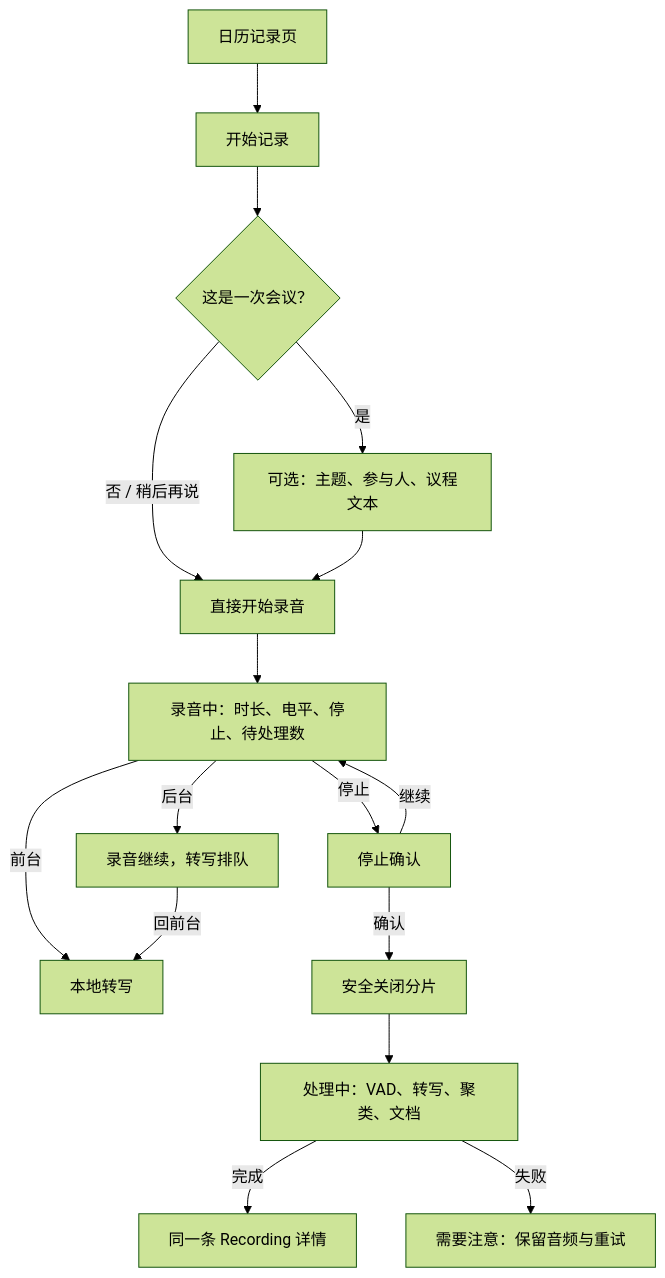
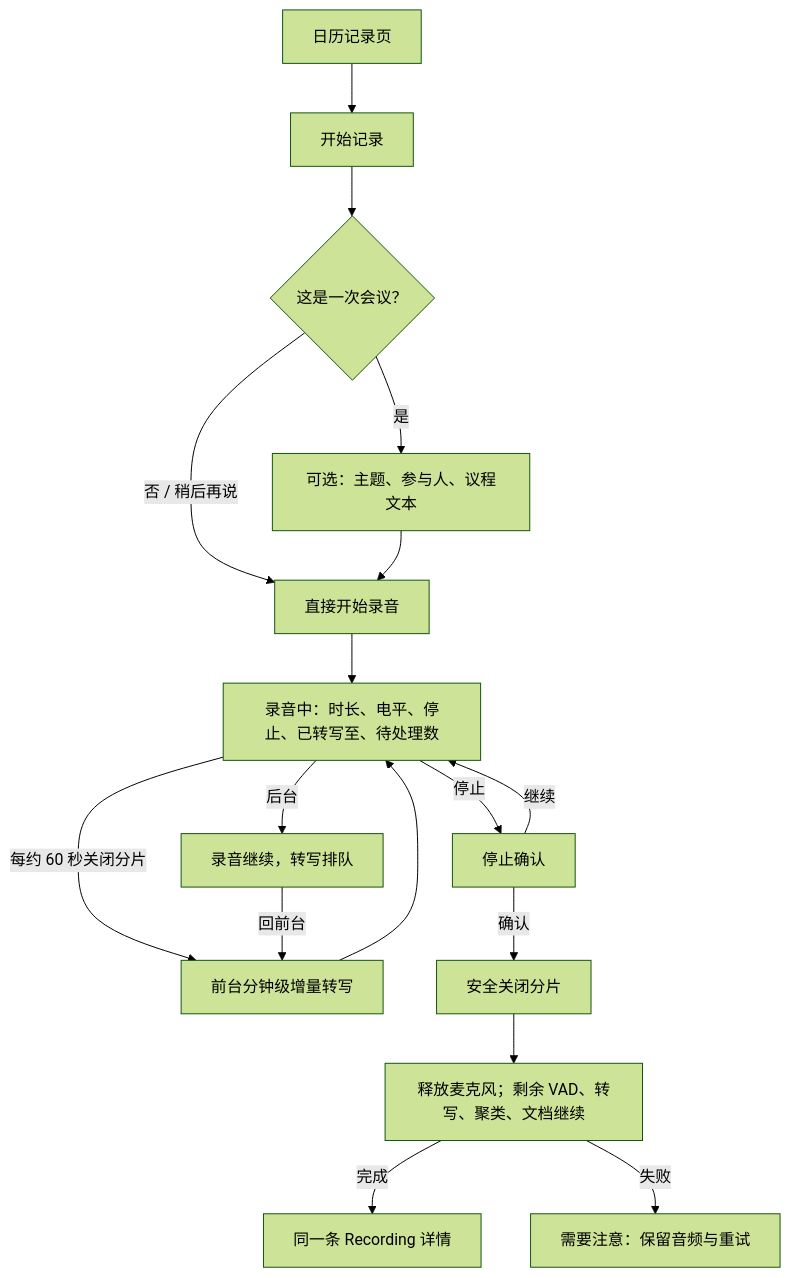
The first of 3 diagrams in docs/design/v1/user-flows.md (scottzx/VoiceContext), drawn with Mermaid (forest theme) before and after one commit. The commit also changed other lines of this file and 23 other files, not shown here.

Commit message:
feat: implement incremental transcription scheduler, speaker clustering, onboarding flow, and document storage

````diff
--- a/docs/design/v1/user-flows.md
+++ b/docs/design/v1/user-flows.md
@@ -7,18 +7,19 @@
 ```mermaid
 flowchart TD
     A[日历记录页] --> B[开始记录]
     B --> C{这是一次会议？}
     C -->|否 / 稍后再说| D[直接开始录音]
     C -->|是| E[可选：主题、参与人、议程文本]
     E --> D
-    D --> F[录音中：时长、电平、停止、待处理数]
-    F -->|前台| G[本地转写]
+    D --> F[录音中：时长、电平、停止、已转写至、待处理数]
+    F -->|每约 60 秒关闭分片| G[前台分钟级增量转写]
+    G --> F
     F -->|后台| H[录音继续，转写排队]
     H -->|回前台| G
     F -->|停止| I[停止确认]
     I -->|继续| F
     I -->|确认| J[安全关闭分片]
-    J --> K[处理中：VAD、转写、聚类、文档]
+    J --> K[释放麦克风；剩余 VAD、转写、聚类、文档继续]
     K -->|完成| L[同一条 Recording 详情]
     K -->|失败| M[需要注意：保留音频与重试]
 ```
````
